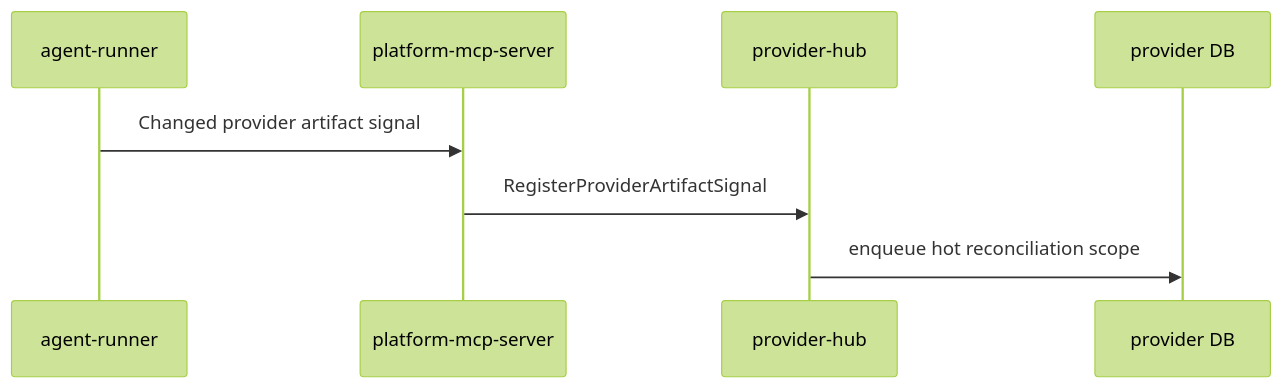
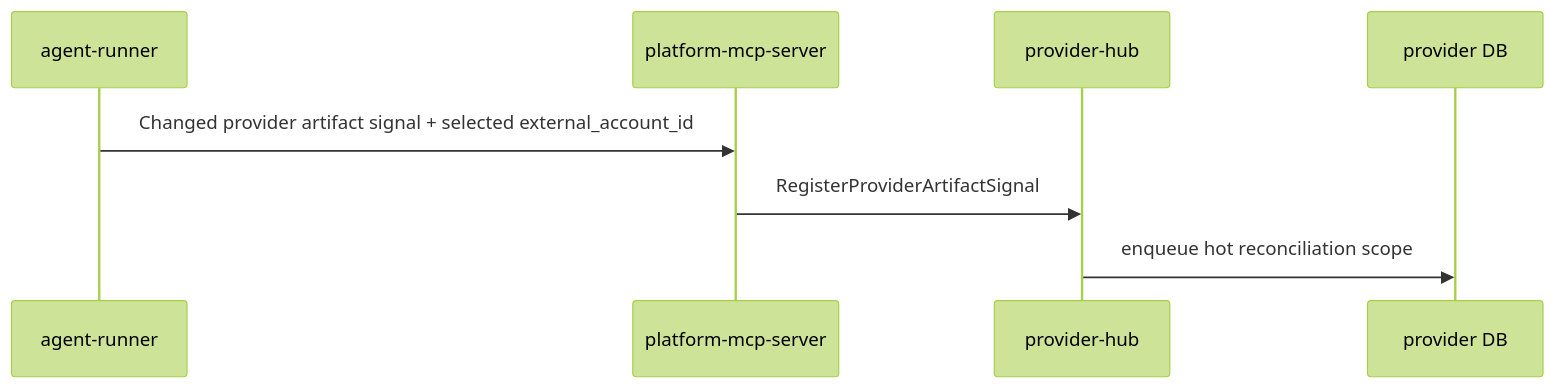
One commit to codex-k8s/kodex changed the fourth of 4 diagrams in docs/domains/provider-native-work-items/architecture/design.md. Above: the diagram before and after it, drawn with Mermaid (forest theme). The commit also changed other lines of this file and 17 other files, not shown here.

Commit message:
Implement provider artifact signals

````diff
--- a/docs/domains/provider-native-work-items/architecture/design.md
+++ b/docs/domains/provider-native-work-items/architecture/design.md
@@ -136,10 +136,10 @@
 ```mermaid
 sequenceDiagram
   participant R as agent-runner
   participant MCP as platform-mcp-server
   participant H as provider-hub
   participant DB as provider DB
-  R->>MCP: Changed provider artifact signal
+  R->>MCP: Changed provider artifact signal + selected external_account_id
   MCP->>H: RegisterProviderArtifactSignal
   H->>DB: enqueue hot reconciliation scope
 ```
````
